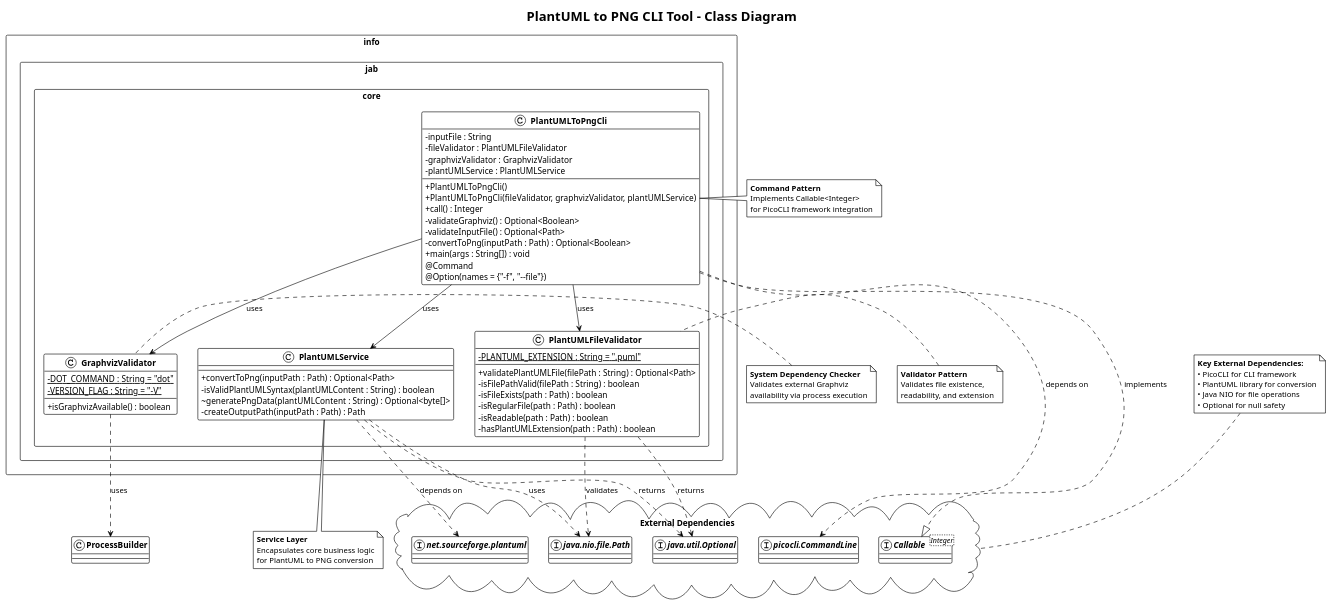
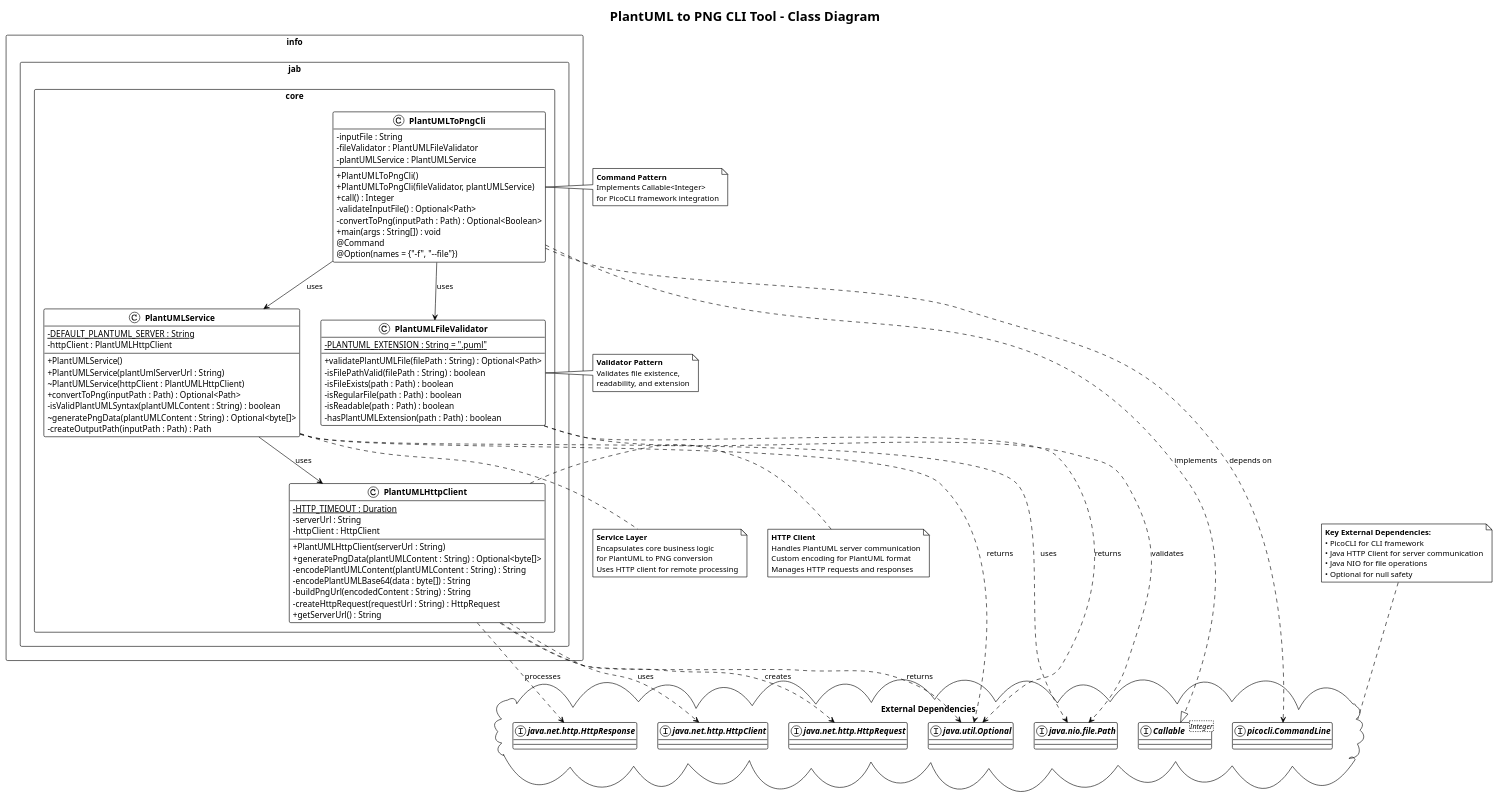
Before and after one commit to jabrena/plantuml-to-png-mcp: the diagram in docs/requirements/design/PlantUMLTool_Class_Diagram.puml, drawn with PlantUML. The commit also changed 3 other files, not shown here.

Commit message:
Updatingg UML Class diagram

```diff
--- a/docs/requirements/design/PlantUMLTool_Class_Diagram.puml
+++ b/docs/requirements/design/PlantUMLTool_Class_Diagram.puml
@@ -1,98 +1,112 @@
 @startuml PlantUMLTool_Class_Diagram
 !theme plain
 skinparam classAttributeIconSize 0
 skinparam classFontStyle bold
 skinparam packageStyle rectangle
 
 title PlantUML to PNG CLI Tool - Class Diagram
 
 ' Package declarations
 package "info.jab.core" {
 
     ' CLI Main Class
     class PlantUMLToPngCli {
         - inputFile : String
         - fileValidator : PlantUMLFileValidator
-        - graphvizValidator : GraphvizValidator
         - plantUMLService : PlantUMLService
         --
         + PlantUMLToPngCli()
-        + PlantUMLToPngCli(fileValidator, graphvizValidator, plantUMLService)
+        + PlantUMLToPngCli(fileValidator, plantUMLService)
         + call() : Integer
-        - validateGraphviz() : Optional<Boolean>
         - validateInputFile() : Optional<Path>
         - convertToPng(inputPath : Path) : Optional<Boolean>
         + main(args : String[]) : void
     }
 
+    ' HTTP Client Class
+    class PlantUMLHttpClient {
+        - {static} HTTP_TIMEOUT : Duration
+        - serverUrl : String
+        - httpClient : HttpClient
+        --
+        + PlantUMLHttpClient(serverUrl : String)
+        + generatePngData(plantUMLContent : String) : Optional<byte[]>
+        - encodePlantUMLContent(plantUMLContent : String) : String
+        - encodePlantUMLBase64(data : byte[]) : String
+        - buildPngUrl(encodedContent : String) : String
+        - createHttpRequest(requestUrl : String) : HttpRequest
+        + getServerUrl() : String
+    }
+
     ' Core Service Class
     class PlantUMLService {
+        - {static} DEFAULT_PLANTUML_SERVER : String
+        - httpClient : PlantUMLHttpClient
         --
+        + PlantUMLService()
+        + PlantUMLService(plantUmlServerUrl : String)
+        ~ PlantUMLService(httpClient : PlantUMLHttpClient)
         + convertToPng(inputPath : Path) : Optional<Path>
         - isValidPlantUMLSyntax(plantUMLContent : String) : boolean
         ~ generatePngData(plantUMLContent : String) : Optional<byte[]>
         - createOutputPath(inputPath : Path) : Path
     }
 
     ' File Validator Class
     class PlantUMLFileValidator {
         - {static} PLANTUML_EXTENSION : String = ".puml"
         --
         + validatePlantUMLFile(filePath : String) : Optional<Path>
         - isFilePathValid(filePath : String) : boolean
         - isFileExists(path : Path) : boolean
         - isRegularFile(path : Path) : boolean
         - isReadable(path : Path) : boolean
         - hasPlantUMLExtension(path : Path) : boolean
     }
-
-    ' Graphviz Validator Class
-    class GraphvizValidator {
-        - {static} DOT_COMMAND : String = "dot"
-        - {static} VERSION_FLAG : String = "-V"
-        --
-        + isGraphvizAvailable() : boolean
-    }
 }
 
 ' External Dependencies (shown as interfaces for clarity)
 package "External Dependencies" <<Cloud>> {
     interface "Callable<Integer>" as Callable
     interface "picocli.CommandLine" as PicoCLI
     interface "java.nio.file.Path" as Path
     interface "java.util.Optional" as Optional
-    interface "net.sourceforge.plantuml" as PlantUMLLib
+    interface "java.net.http.HttpClient" as HttpClient
+    interface "java.net.http.HttpRequest" as HttpRequest
+    interface "java.net.http.HttpResponse" as HttpResponse
 }
 
 ' Relationships
 PlantUMLToPngCli ..|> Callable : implements
 PlantUMLToPngCli --> PlantUMLFileValidator : uses
-PlantUMLToPngCli --> GraphvizValidator : uses
 PlantUMLToPngCli --> PlantUMLService : uses
 PlantUMLToPngCli ..> PicoCLI : depends on
 
-PlantUMLService ..> PlantUMLLib : depends on
+PlantUMLService --> PlantUMLHttpClient : uses
 PlantUMLService ..> Path : uses
 PlantUMLService ..> Optional : returns
 
+PlantUMLHttpClient ..> HttpClient : uses
+PlantUMLHttpClient ..> HttpRequest : creates
+PlantUMLHttpClient ..> HttpResponse : processes
+PlantUMLHttpClient ..> Optional : returns
+
 PlantUMLFileValidator ..> Path : validates
 PlantUMLFileValidator ..> Optional : returns
-
-GraphvizValidator ..> "ProcessBuilder" : uses
 
 ' Annotations
 PlantUMLToPngCli : @Command
 PlantUMLToPngCli : @Option(names = {"-f", "--file"})
 
 ' Notes for important design patterns
 note right of PlantUMLToPngCli : **Command Pattern**\nImplements Callable<Integer>\nfor PicoCLI framework integration
 
-note bottom of PlantUMLService : **Service Layer**\nEncapsulates core business logic\nfor PlantUML to PNG conversion
+note bottom of PlantUMLService : **Service Layer**\nEncapsulates core business logic\nfor PlantUML to PNG conversion\nUses HTTP client for remote processing
+
+note left of PlantUMLHttpClient : **HTTP Client**\nHandles PlantUML server communication\nCustom encoding for PlantUML format\nManages HTTP requests and responses
 
 note left of PlantUMLFileValidator : **Validator Pattern**\nValidates file existence,\nreadability, and extension
 
-note left of GraphvizValidator : **System Dependency Checker**\nValidates external Graphviz\navailability via process execution
-
-note top of "External Dependencies" : **Key External Dependencies:**\n• PicoCLI for CLI framework\n• PlantUML library for conversion\n• Java NIO for file operations\n• Optional for null safety
+note top of "External Dependencies" : **Key External Dependencies:**\n• PicoCLI for CLI framework\n• Java HTTP Client for server communication\n• Java NIO for file operations\n• Optional for null safety
 
 @enduml
```
